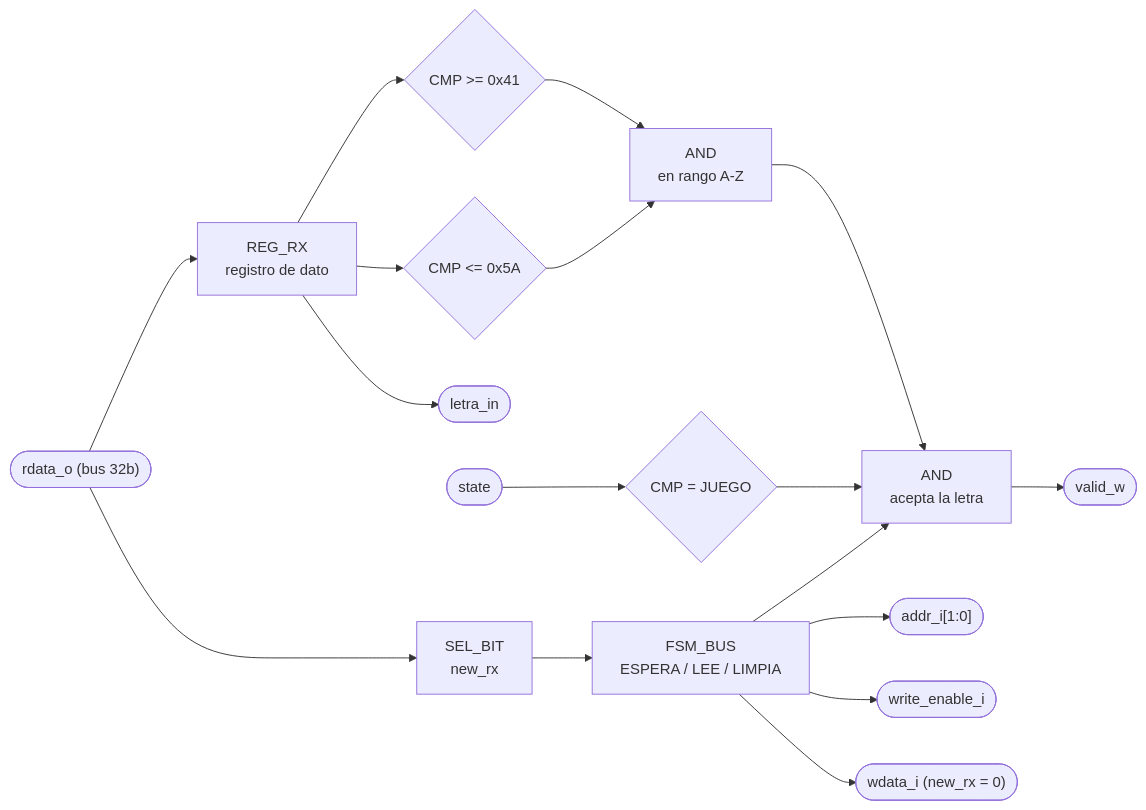
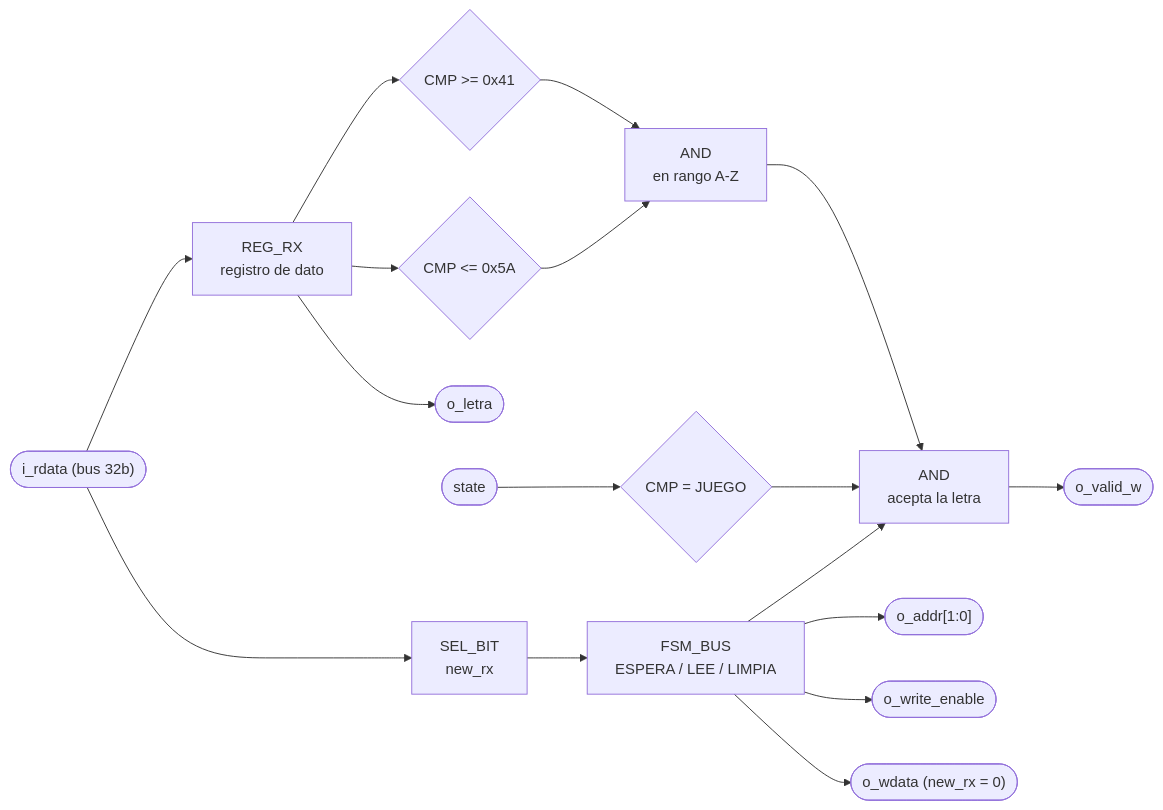
Before and after one commit to Taller-de-diseno-digital-GR01/Proyecto-2-Ahorcado: the diagram in docs/diseño/modulos/M10_Receptor-UART.md, drawn with Mermaid. The commit also changed other lines of this file, not shown here.

````diff
--- a/docs/diseño/modulos/M10_Receptor-UART.md
+++ b/docs/diseño/modulos/M10_Receptor-UART.md
@@ -137,24 +143,24 @@
 ```mermaid
 flowchart LR
-    BUS(["rdata_o (bus 32b)"]) --> REG_RX["REG_RX<br/>registro de dato"]
+    BUS(["i_rdata (bus 32b)"]) --> REG_RX["REG_RX<br/>registro de dato"]
     BUS --> BIT_NRX["SEL_BIT<br/>new_rx"]
 
     REG_RX --> CMP_LO{"CMP >= 0x41"}
     REG_RX --> CMP_HI{"CMP <= 0x5A"}
     CMP_LO --> AND_RNG["AND<br/>en rango A-Z"]
     CMP_HI --> AND_RNG
 
     ST(["state"]) --> CMP_JG{"CMP = JUEGO"}
 
     BIT_NRX --> FSM_BUS["FSM_BUS<br/>ESPERA / LEE / LIMPIA"]
     FSM_BUS --> AND_VAL["AND<br/>acepta la letra"]
     AND_RNG --> AND_VAL
     CMP_JG --> AND_VAL
 
-    AND_VAL --> OUT_VW(["valid_w"])
-    REG_RX --> OUT_LETRA(["letra_in"])
+    AND_VAL --> OUT_VW(["o_valid_w"])
+    REG_RX --> OUT_LETRA(["o_letra"])
 
-    FSM_BUS --> OUT_ADDR(["addr_i[1:0]"])
-    FSM_BUS --> OUT_WE(["write_enable_i"])
-    FSM_BUS --> OUT_WD(["wdata_i (new_rx = 0)"])
+    FSM_BUS --> OUT_ADDR(["o_addr[1:0]"])
+    FSM_BUS --> OUT_WE(["o_write_enable"])
+    FSM_BUS --> OUT_WD(["o_wdata (new_rx = 0)"])
 ```
````
